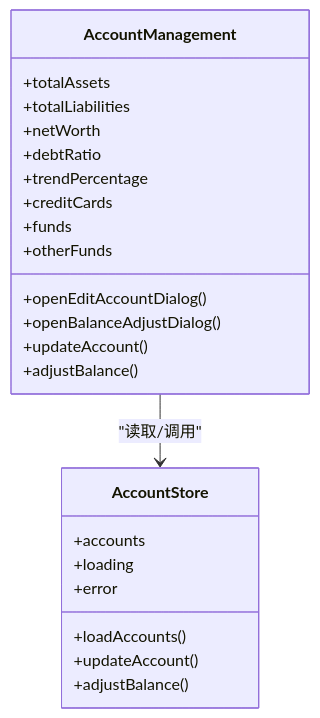
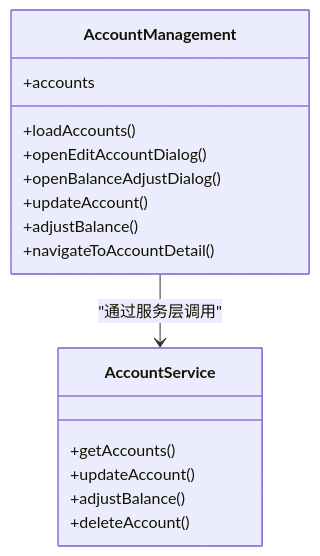
Before and after one commit to xiao-lin-unit/yuan: the fifth of 11 diagrams in .qoder/repowiki/zh/content/账户管理/账户管理.md, drawn with Mermaid. The commit also changed other lines of this file and 19 other files, not shown here.

````diff
--- a/.qoder/repowiki/zh/content/账户管理/账户管理.md
+++ b/.qoder/repowiki/zh/content/账户管理/账户管理.md
@@ -199,26 +201,19 @@
 ```mermaid
 classDiagram
 class AccountManagement {
-+totalAssets
-+totalLiabilities
-+netWorth
-+debtRatio
-+trendPercentage
-+creditCards
-+funds
-+otherFunds
++accounts
++loadAccounts()
 +openEditAccountDialog()
 +openBalanceAdjustDialog()
 +updateAccount()
 +adjustBalance()
++navigateToAccountDetail()
 }
-class AccountStore {
-+accounts
-+loading
-+error
-+loadAccounts()
+class AccountService {
++getAccounts()
 +updateAccount()
 +adjustBalance()
++deleteAccount()
 }
-AccountManagement --> AccountStore : "读取/调用"
+AccountManagement --> AccountService : "通过服务层调用"
 ```
````
